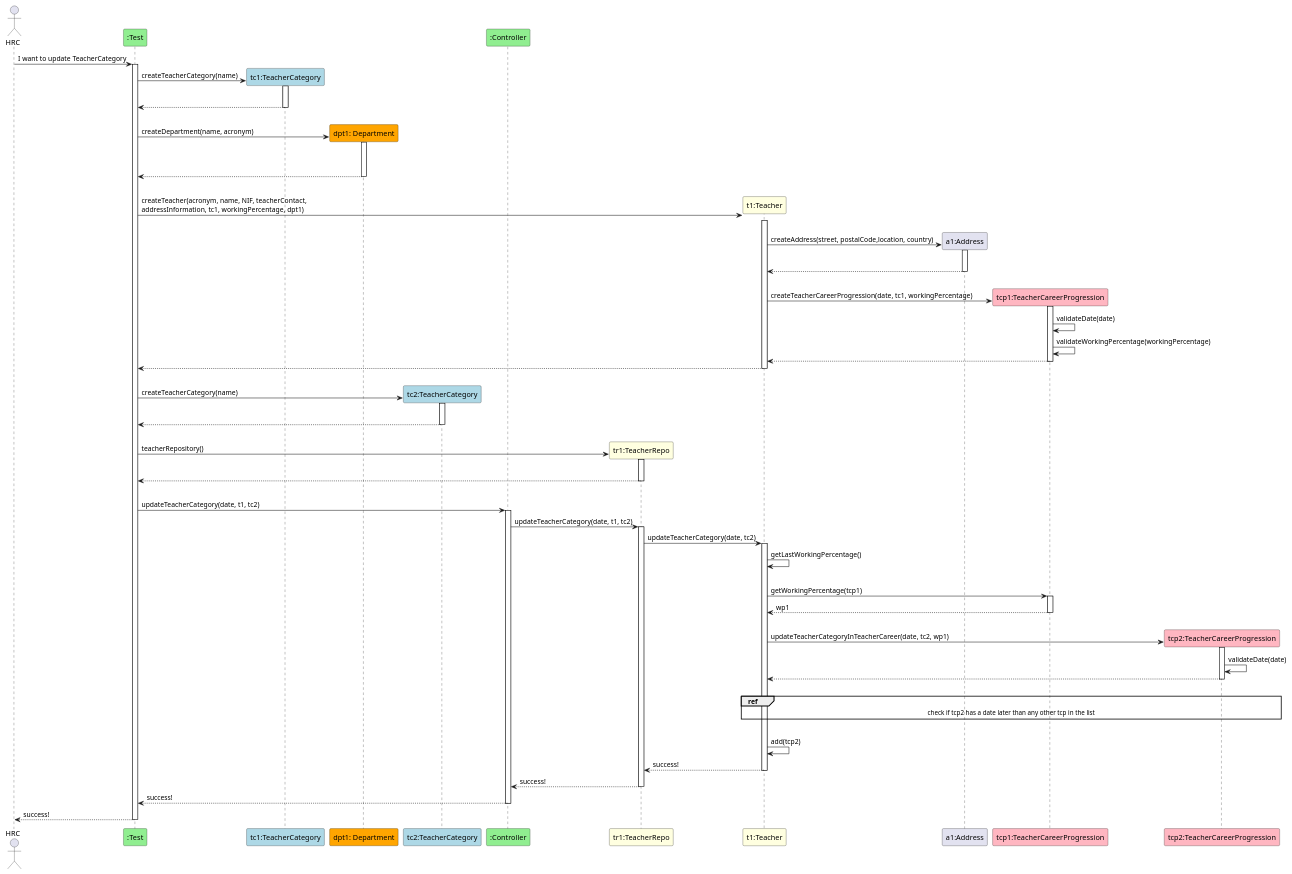
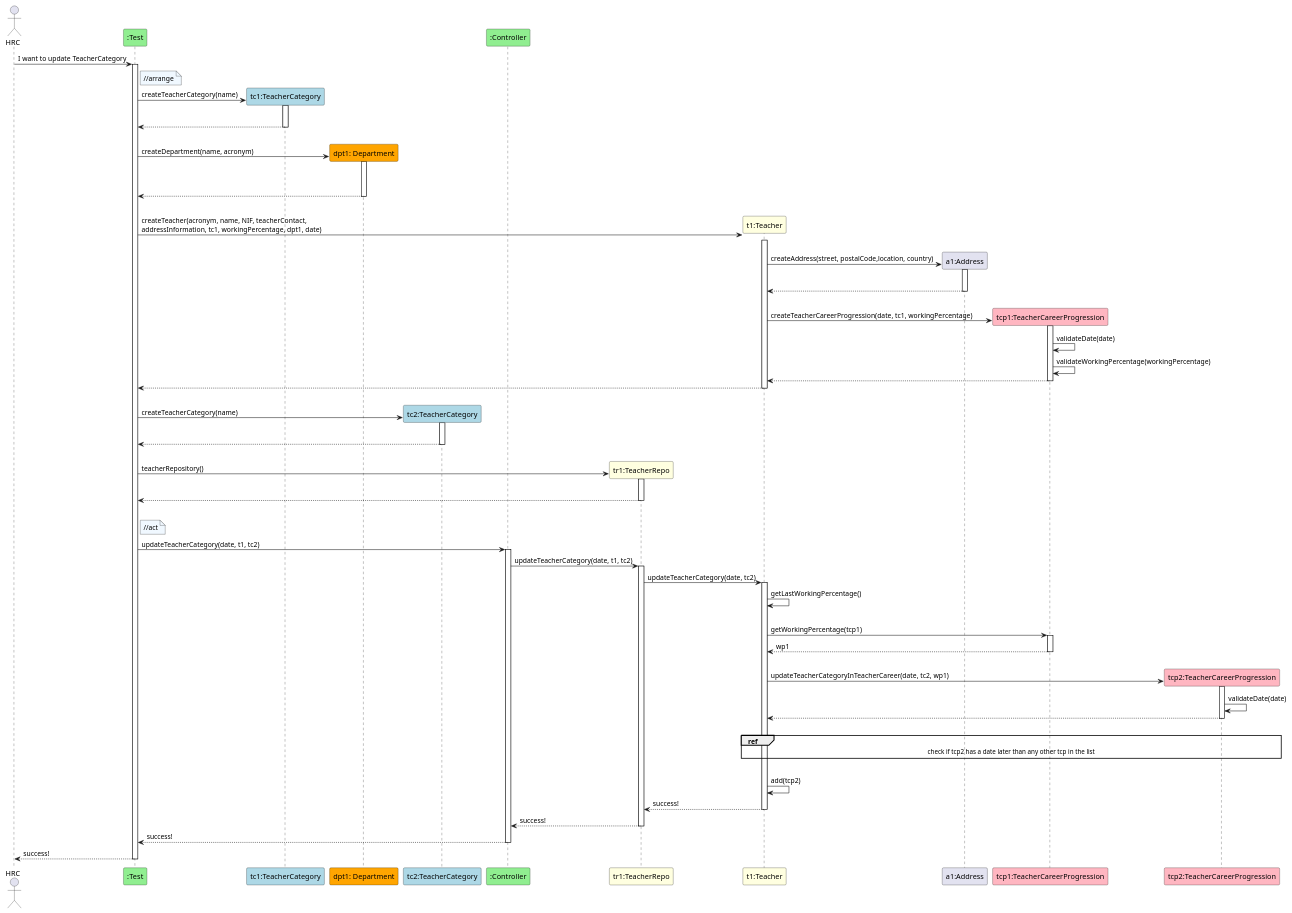
The diagram in docs/sequenceSystemDiagrams/US14/US14_UpdateTeachersCategoryInSystem.puml (GasparISEP/DevOps-PAI), drawn with PlantUML before and after one commit.

Commit message:
Updated US14_UpdateTeachersCategoryInSystem.puml sequence diagram

```diff
--- a/docs/sequenceSystemDiagrams/US14/US14_UpdateTeachersCategoryInSystem.puml
+++ b/docs/sequenceSystemDiagrams/US14/US14_UpdateTeachersCategoryInSystem.puml
@@ -1,97 +1,102 @@
 @startuml
 actor HRC
 participant ":Test" as TE #lightgreen
 participant "tc1:TeacherCategory" as TC #lightblue
 participant "dpt1: Department" as D #orange
 participant "tc2:TeacherCategory" as TC2 #lightblue
 participant ":Controller" as CTL #lightgreen
 participant "tr1:TeacherRepo" as TR #lightyellow
 participant "t1:Teacher" as T #lightyellow
 participant "a1:Address" as A
 participant "tcp1:TeacherCareerProgression" as TCP #lightpink
 participant "tcp2:TeacherCareerProgression" as TCP2 #lightpink
 
 
 HRC -> TE: I want to update TeacherCategory
-
+note right TE #aliceblue
+    //arrange
+end note
 activate TE
 'note right
 'end note
 TE -> TC**: createTeacherCategory(name)
 activate TC
 |||
 TC --> TE
 deactivate TC
 |||
 TE -> D**: createDepartment(name, acronym)
 |||
 activate D
 |||
 D --> TE
 
 deactivate D
 |||
-TE -> T**: createTeacher(acronym, name, NIF, teacherContact,\naddressInformation, tc1, workingPercentage, dpt1)
+TE -> T**: createTeacher(acronym, name, NIF, teacherContact,\naddressInformation, tc1, workingPercentage, dpt1, date)
 activate T
 |||
 T -> A**: createAddress(street, postalCode,location, country)
 |||
 activate A
 A --> T
 deactivate A
 |||
 T -> TCP** : createTeacherCareerProgression(date, tc1, workingPercentage)
 activate TCP
 TCP -> TCP : validateDate(date)
 TCP -> TCP : validateWorkingPercentage(workingPercentage)
 TCP --> T
 deactivate TCP
 T --> TE
 |||
 deactivate T
 TE -> TC2** : createTeacherCategory(name)
 |||
 activate TC2
 TC2 --> TE
 |||
 deactivate TC2
 TE ->  TR**: teacherRepository()
 |||
 activate TR
 TR --> TE
 deactivate TR
 |||
+note right TE #aliceblue
+    //act
+end note
 TE -> CTL : updateTeacherCategory(date, t1, tc2)
 activate CTL
 CTL -> TR : updateTeacherCategory(date, t1, tc2)
 activate TR
 TR -> T : updateTeacherCategory(date, tc2)
 activate T
 T -> T : getLastWorkingPercentage()
 |||
 T -> TCP : getWorkingPercentage(tcp1)
 activate TCP
 TCP --> T : wp1
 deactivate TCP
 |||
 T -> TCP2** : updateTeacherCategoryInTeacherCareer(date, tc2, wp1)
 activate TCP2
 TCP2 -> TCP2 : validateDate(date)
 TCP2 --> T
 deactivate TCP2
 |||
 ref over T, TCP2
     check if tcp2 has a date later than any other tcp in the list
 end ref
 |||
 T -> T : add(tcp2)
 T --> TR : success!
 deactivate T
 TR --> CTL : success!
 deactivate  TR
 CTL --> TE : success!
 deactivate CTL
 TE --> HRC : success!
 deactivate TE
 
 @enduml
```
